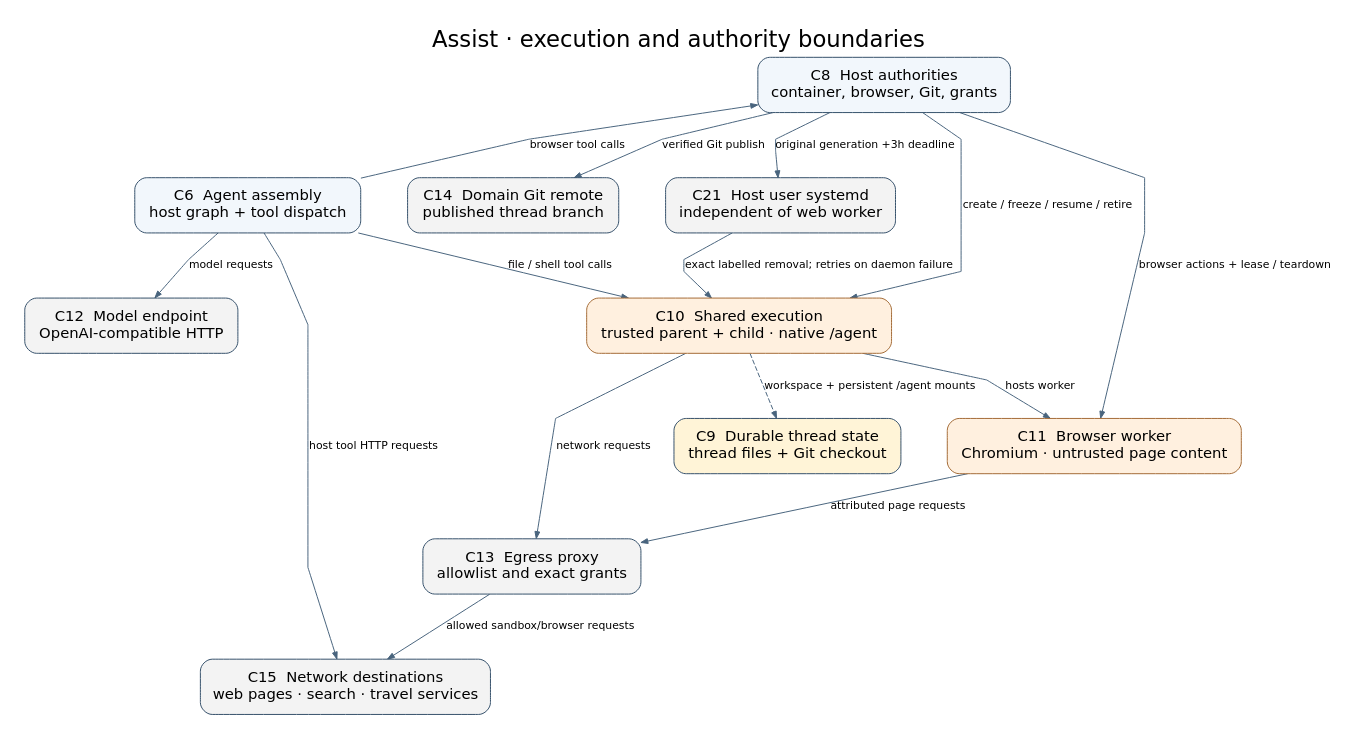
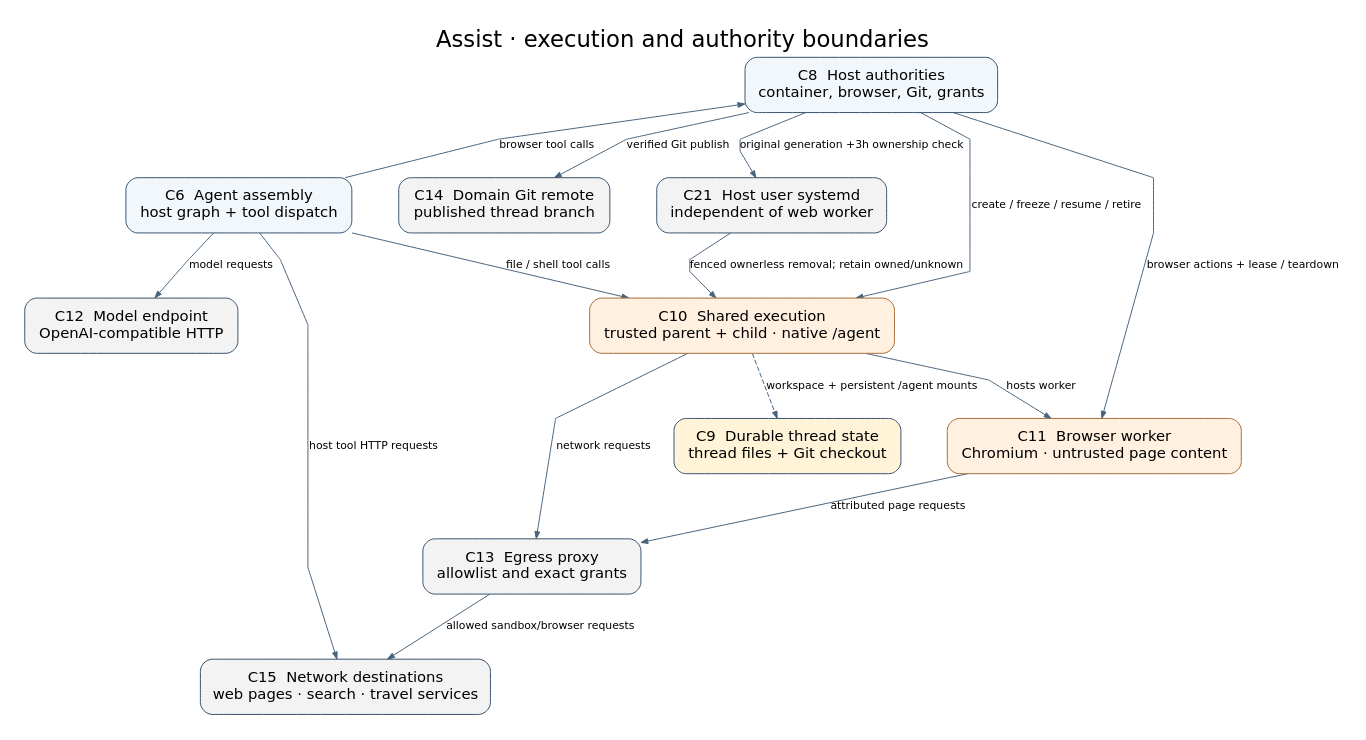
The diagram in docs/architecture-boundaries.dot (pierrel/assist), drawn with Graphviz before and after one commit. The commit also changed 15 other files, not shown here.

```diff
--- a/docs/architecture-boundaries.dot
+++ b/docs/architecture-boundaries.dot
@@ -1,44 +1,44 @@
 digraph Boundaries {
   graph [label="Assist · execution and authority boundaries", labelloc=t,
          fontname="DejaVu Sans", fontsize=23, bgcolor="white",
          rankdir=TB, pad=0.25, nodesep=0.65, ranksep=0.75,
          splines=polyline, outputorder=edgesfirst];
   node [shape=box, style="rounded,filled", color="#34506a",
         fillcolor="#f2f7fc", fontname="DejaVu Sans", fontsize=15,
         margin="0.20,0.15"];
   edge [fontname="DejaVu Sans", fontsize=11, color="#49647d",
         arrowsize=0.7];
 
   C6 [label="C6  Agent assembly\nhost graph + tool dispatch"];
   C8 [label="C8  Host authorities\ncontainer, browser, Git, grants"];
   C9 [label="C9  Durable thread state\nthread files + Git checkout",
       fillcolor="#fff4d7"];
   C10 [label="C10  Shared execution\ntrusted parent + child · native /agent",
        fillcolor="#fff0df", color="#a46b36"];
   C11 [label="C11  Browser worker\nChromium · untrusted page content",
        fillcolor="#fff0df", color="#a46b36"];
   C12 [label="C12  Model endpoint\nOpenAI-compatible HTTP",
        fillcolor="#f3f3f3"];
   C13 [label="C13  Egress proxy\nallowlist and exact grants",
        fillcolor="#f3f3f3"];
   C14 [label="C14  Domain Git remote\npublished thread branch",
        fillcolor="#f3f3f3"];
   C15 [label="C15  Network destinations\nweb pages · search · travel services",
        fillcolor="#f3f3f3"];
   C21 [label="C21  Host user systemd\nindependent of web worker", fillcolor="#f3f3f3"];
 
   C6 -> C10 [label="file / shell tool calls"];
   C6 -> C8 [label="browser tool calls", constraint=false];
   C6 -> C12 [label="model requests"];
   C6 -> C15 [label="host tool HTTP requests"];
   C8 -> C10 [label="create / freeze / resume / retire"];
-  C8 -> C21 [label="original generation +3h deadline"];
-  C21 -> C10 [label="exact labelled removal; retries on daemon failure"];
+  C8 -> C21 [label="original generation +3h ownership check"];
+  C21 -> C10 [label="fenced ownerless removal; retain owned/unknown"];
   C8 -> C11 [label="browser actions + lease / teardown"];
   C8 -> C14 [label="verified Git publish"];
   C10 -> C11 [label="hosts worker"];
   C10 -> C13 [label="network requests"];
   C11 -> C13 [label="attributed page requests"];
   C13 -> C15 [label="allowed sandbox/browser requests"];
   C10 -> C9 [label="workspace + persistent /agent mounts", style=dashed];
 }
```
